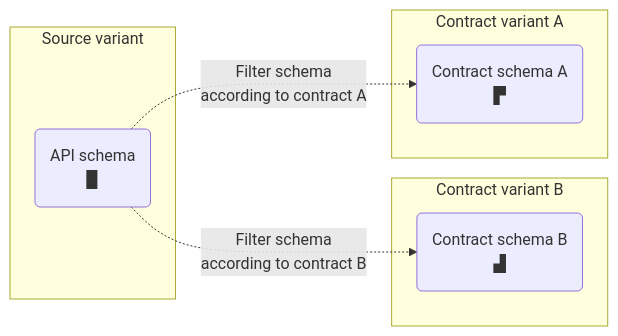
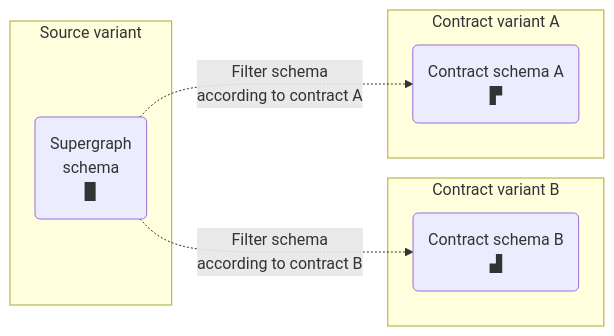
Before and after one commit to apollographql/docs: the first of 2 diagrams in src/content/studio/contracts.mdx, drawn with Mermaid. The commit also changed other lines of this file, not shown here.

````diff
--- a/src/content/studio/contracts.mdx
+++ b/src/content/studio/contracts.mdx
@@ -10,14 +10,14 @@
 ```mermaid
 graph LR;
   subgraph "Source variant";
-  api("API schema<br/>▉");
+  api("Supergraph<br/>schema<br/>▉");
   end
   subgraph "Contract variant B"
   contractB("Contract schema B<br/>▟")
   end
   subgraph "Contract variant A"
   contractA("Contract schema A<br/>▛");
   end
   api -."Filter schema<br/>according to contract A".->contractA
   api -."Filter schema<br/>according to contract B".->contractB
 ```
````
